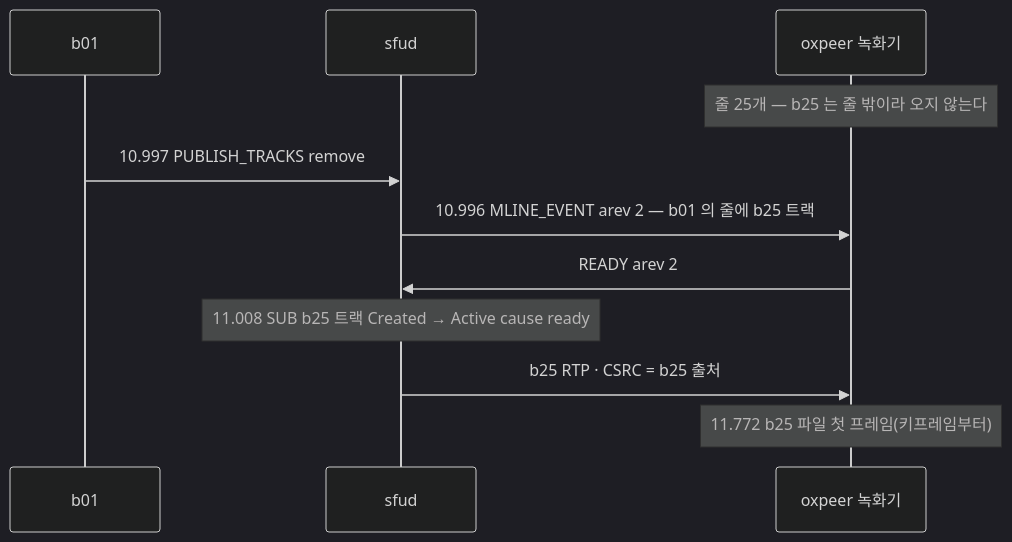
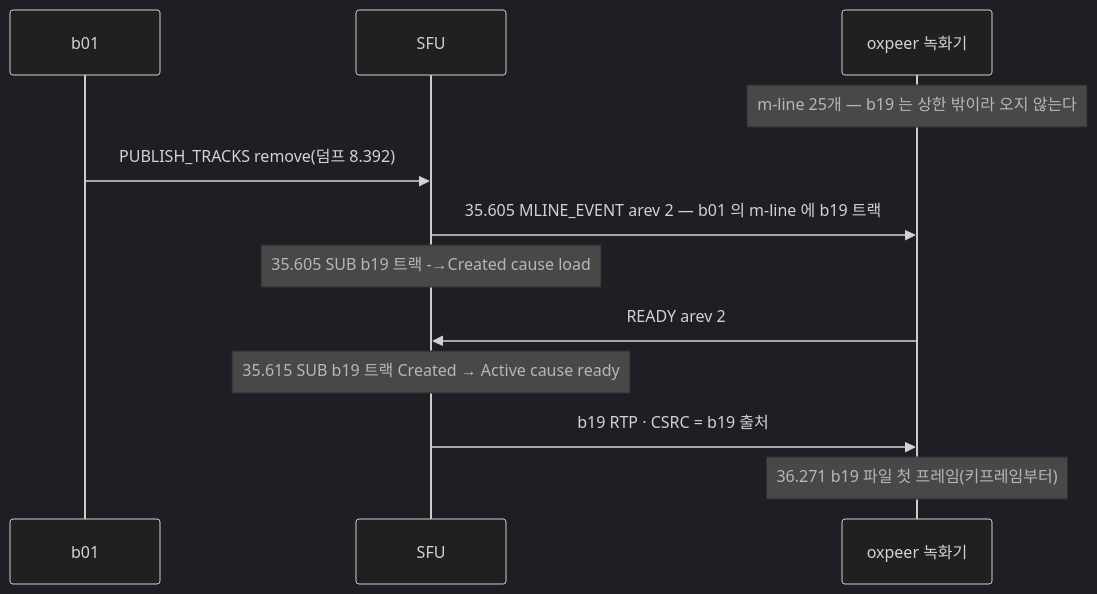
The fourth of 4 diagrams in docs/learn/16_OXPEER.md (kodeholic9/oxlens-sfu), drawn with Mermaid (dark theme) before and after one commit. The commit also changed other lines of this file and 19 other files, not shown here.

````diff
--- a/docs/learn/16_OXPEER.md
+++ b/docs/learn/16_OXPEER.md
@@ -197,13 +268,14 @@
 ```mermaid
 sequenceDiagram
   participant B1 as b01
-  participant S as sfud
+  participant S as SFU
   participant R as oxpeer 녹화기
-  Note over R: 줄 25개 — b25 는 줄 밖이라 오지 않는다
-  B1->>S: 10.997 PUBLISH_TRACKS remove
-  S->>R: 10.996 MLINE_EVENT arev 2 — b01 의 줄에 b25 트랙
+  Note over R: m-line 25개 — b19 는 상한 밖이라 오지 않는다
+  B1->>S: PUBLISH_TRACKS remove(덤프 8.392)
+  S->>R: 35.605 MLINE_EVENT arev 2 — b01 의 m-line 에 b19 트랙
+  Note over S: 35.605 SUB b19 트랙 -→Created cause load
   R->>S: READY arev 2
-  Note over S: 11.008 SUB b25 트랙 Created → Active cause ready
-  S->>R: b25 RTP · CSRC = b25 출처
-  Note over R: 11.772 b25 파일 첫 프레임(키프레임부터)
+  Note over S: 35.615 SUB b19 트랙 Created → Active cause ready
+  S->>R: b19 RTP · CSRC = b19 출처
+  Note over R: 36.271 b19 파일 첫 프레임(키프레임부터)
 ```
````
